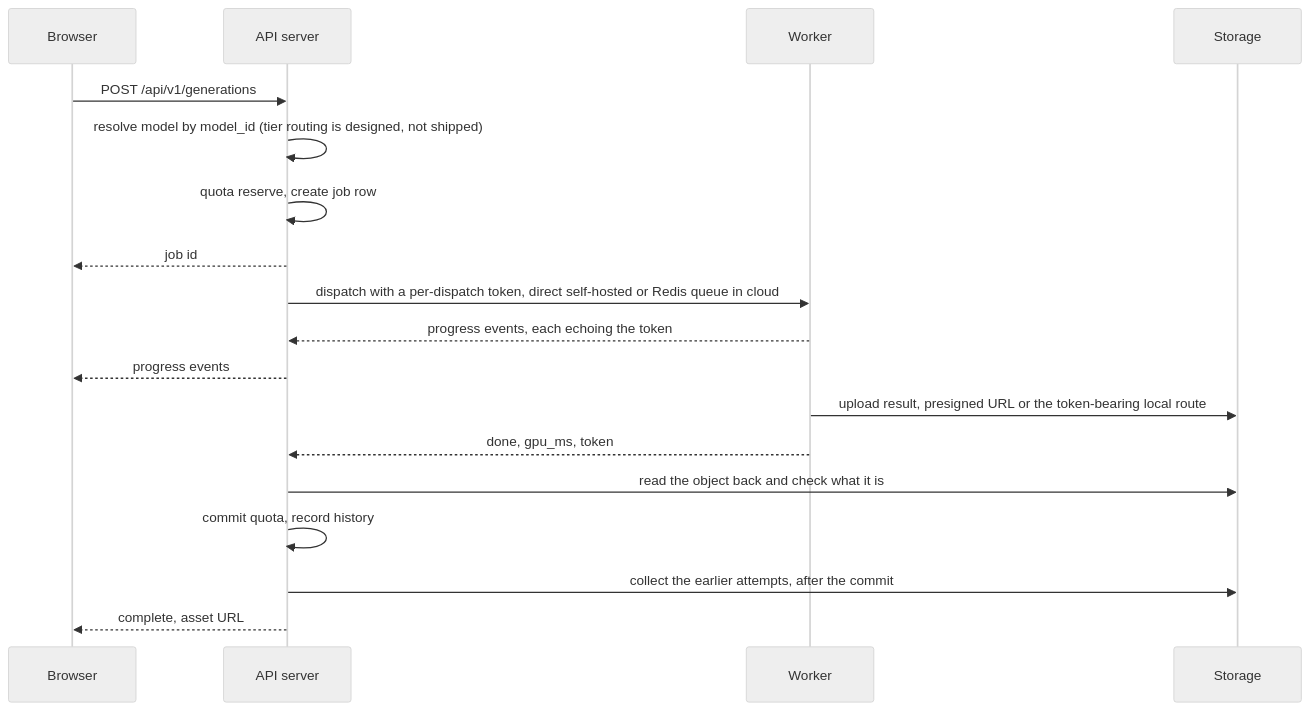
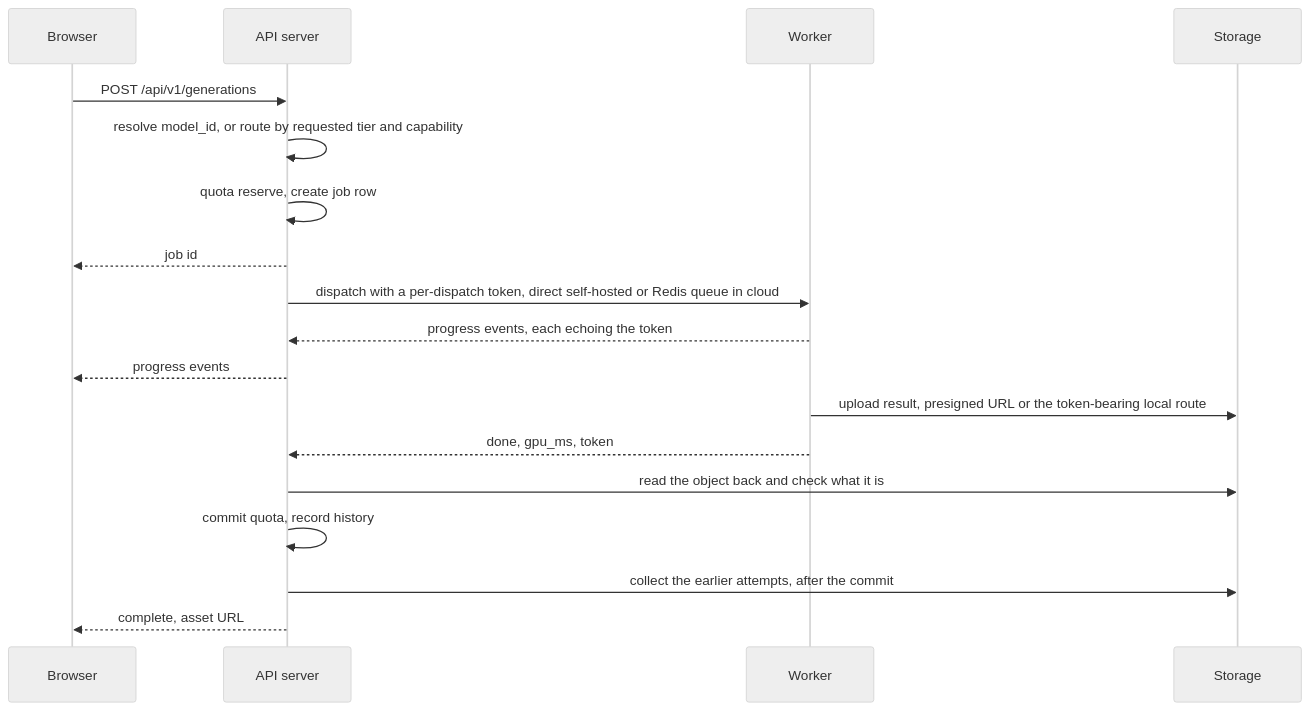
One commit to Portocolom-Studio/potocolom changed the seventh of 16 diagrams in docs/architecture.md. Above: the diagram before and after it, drawn with Mermaid (neutral theme). The commit also changed other lines of this file and 3 other files, not shown here.

````diff
--- a/docs/architecture.md
+++ b/docs/architecture.md
@@ -290,20 +335,20 @@
 ```mermaid
 sequenceDiagram
     participant B as Browser
     participant A as API server
     participant W as Worker
     participant S as Storage
     B->>A: POST /api/v1/generations
-    A->>A: resolve model by model_id (tier routing is designed, not shipped)
+    A->>A: resolve model_id, or route by requested tier and capability
     A->>A: quota reserve, create job row
     A-->>B: job id
     A->>W: dispatch with a per-dispatch token, direct self-hosted or Redis queue in cloud
     W-->>A: progress events, each echoing the token
     A-->>B: progress events
     W->>S: upload result, presigned URL or the token-bearing local route
     W-->>A: done, gpu_ms, token
     A->>S: read the object back and check what it is
     A->>A: commit quota, record history
     A->>S: collect the earlier attempts, after the commit
     A-->>B: complete, asset URL
 ```
````
